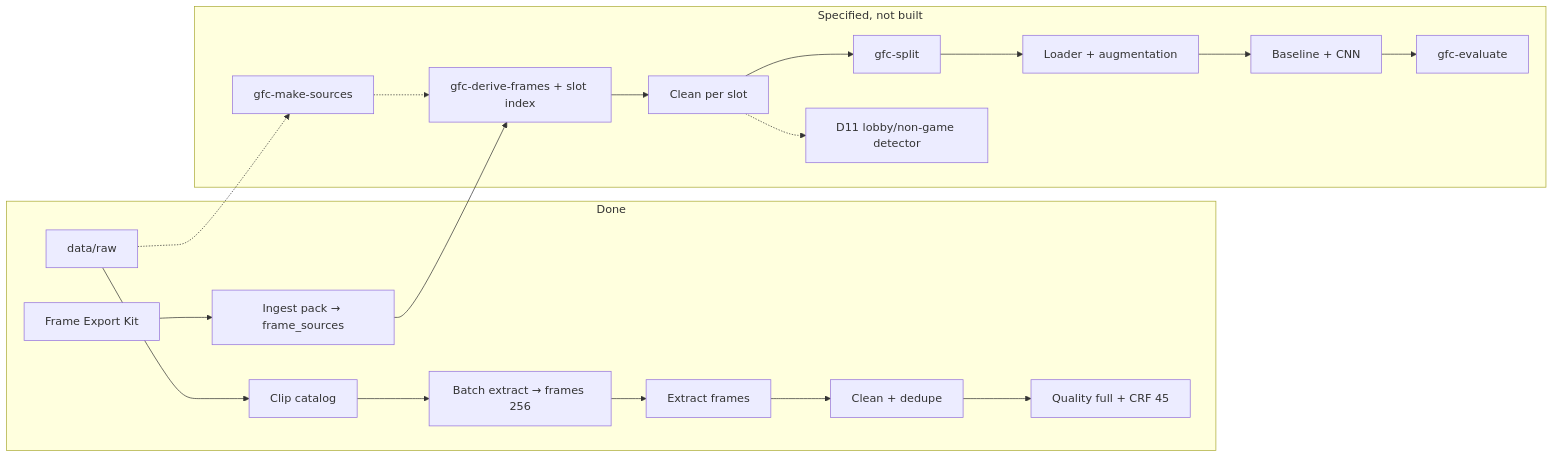
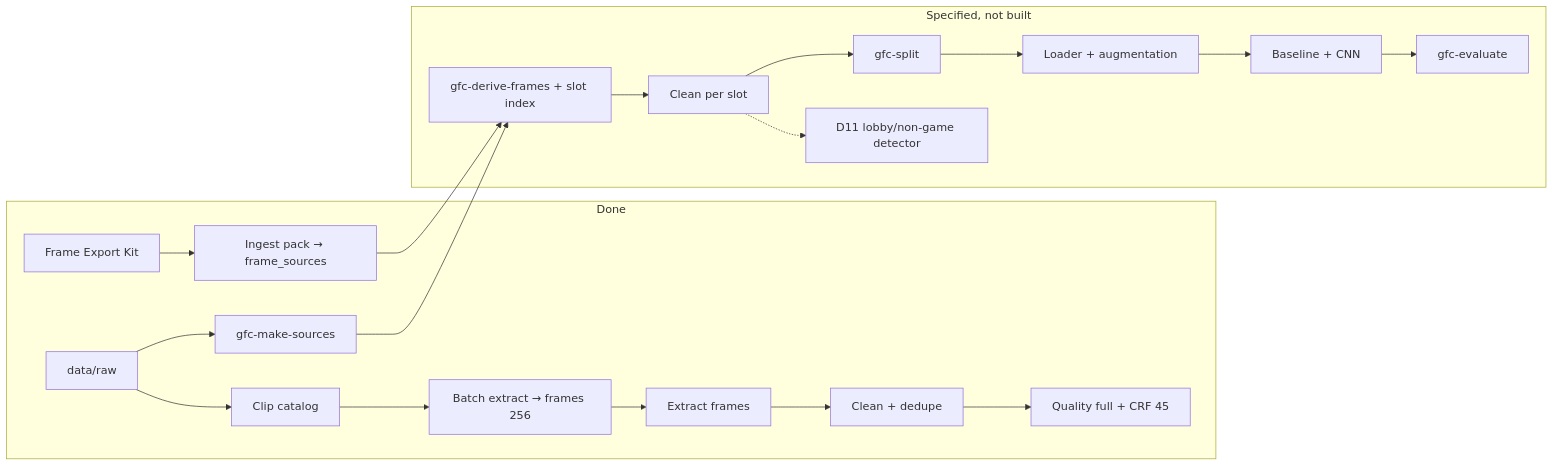
One commit to EdisonLing/game-frame-classifier changed the diagram in docs/pipeline-status.md. Above: the diagram before and after it, drawn with Mermaid. The commit also changed other lines of this file and 1 other file, not shown here.

Commit message:
docs: mark gfc-make-sources done in pipeline status

````diff
--- a/docs/pipeline-status.md
+++ b/docs/pipeline-status.md
@@ -18,31 +18,31 @@
 ```mermaid
 flowchart LR
   subgraph done ["Done"]
     R[data/raw]
     Cat[Clip catalog]
     Batch[Batch extract → frames 256]
     E[Extract frames]
     C[Clean + dedupe]
     Q[Quality full + CRF 45]
     FEK[Frame Export Kit]
     Ing[Ingest pack → frame_sources]
+    Make[gfc-make-sources]
   end
 
   subgraph later ["Specified, not built"]
-    Make[gfc-make-sources]
     Der[gfc-derive-frames + slot index]
     CS[Clean per slot]
     S[gfc-split]
     L[Loader + augmentation]
     M[Baseline + CNN]
     Ev[gfc-evaluate]
     D11[D11 lobby/non-game detector]
   end
 
   R --> Cat --> Batch --> E
   E --> C --> Q
-  R -.-> Make -.-> Der
+  R --> Make --> Der
   FEK --> Ing --> Der
   Der --> CS --> S --> L --> M --> Ev
   CS -.-> D11
 ```
````
